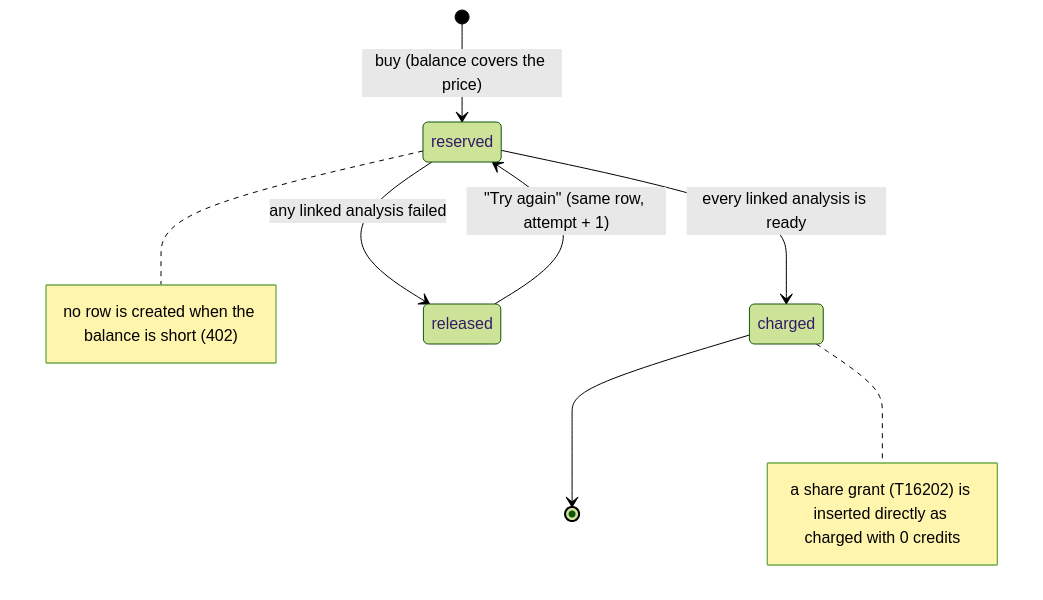
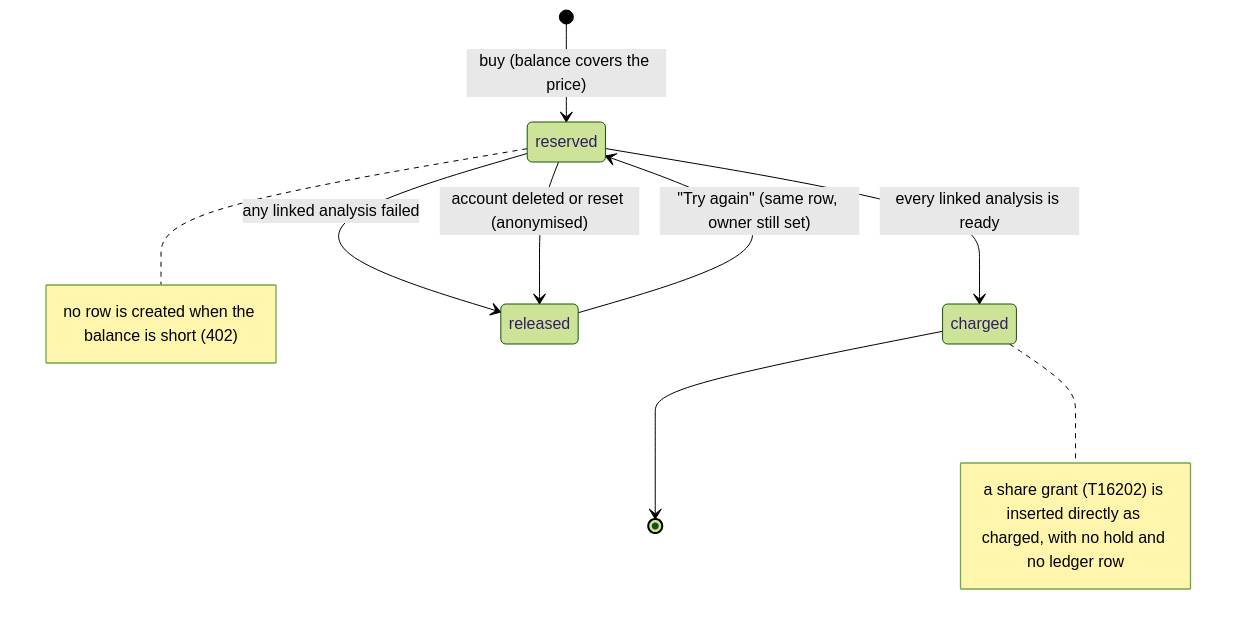
The third of 3 diagrams in docs/plans/tasks/T16160-design.md (imankha/video-editor), drawn with Mermaid (forest theme) before and after one commit. The commit also changed other lines of this file, not shown here.

````diff
--- a/docs/plans/tasks/T16160-design.md
+++ b/docs/plans/tasks/T16160-design.md
@@ -460,10 +457,11 @@
 ```mermaid
 stateDiagram-v2
     [*] --> reserved: buy (balance covers the price)
     reserved --> charged: every linked analysis is ready
     reserved --> released: any linked analysis failed
-    released --> reserved: "Try again" (same row, attempt + 1)
+    reserved --> released: account deleted or reset (anonymised)
+    released --> reserved: "Try again" (same row, owner still set)
     charged --> [*]
     note right of reserved: no row is created when the balance is short (402)
-    note right of charged: a share grant (T16202) is inserted directly as charged with 0 credits
+    note right of charged: a share grant (T16202) is inserted directly as charged, with no hold and no ledger row
 ```
````
